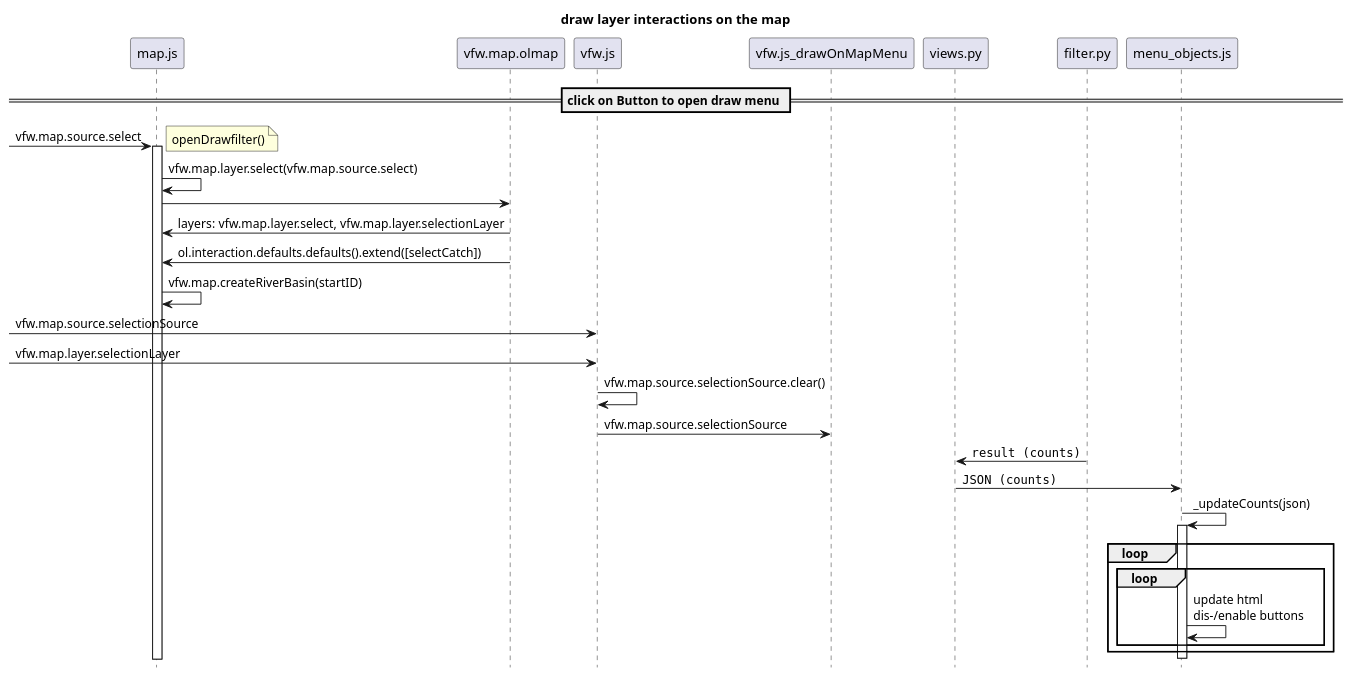
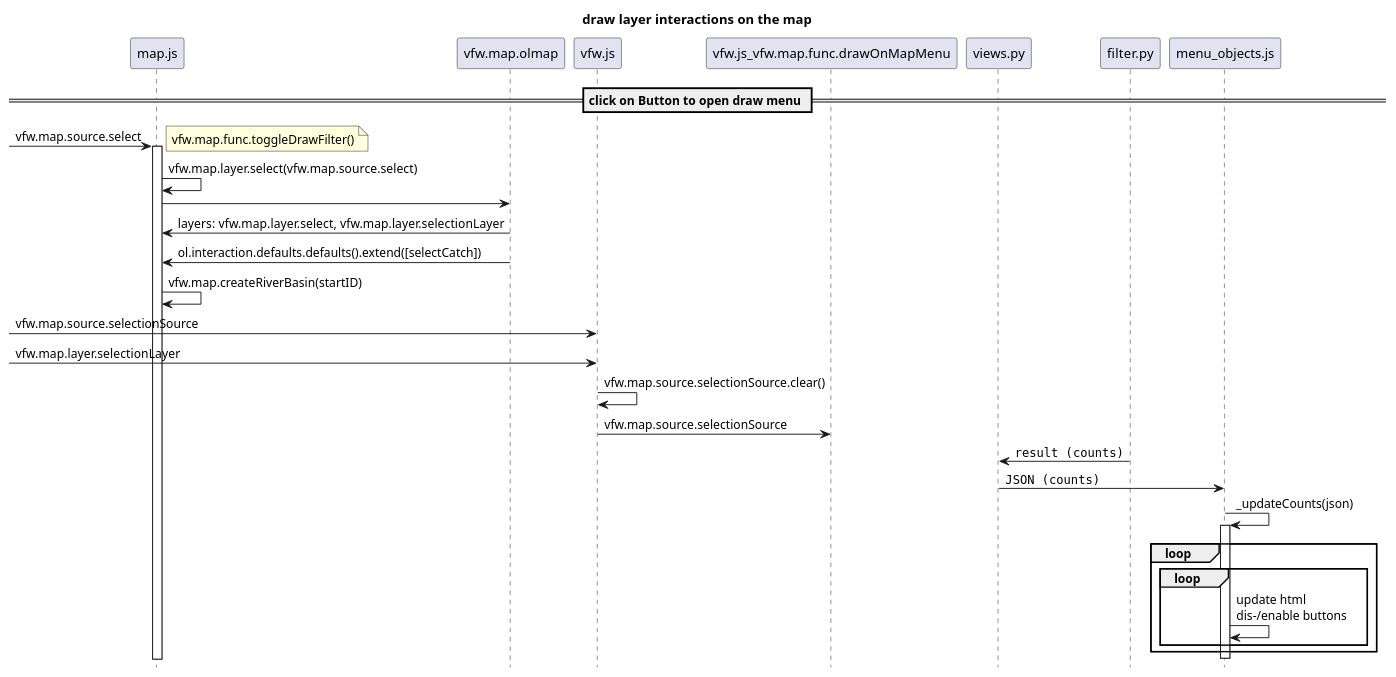
Before and after one commit to VForWaTer/vforwater-portal: the diagram in diagrams/selectOnMapMenu.puml, drawn with PlantUML. The commit also changed 10 other files, not shown here.

```diff
--- a/diagrams/selectOnMapMenu.puml
+++ b/diagrams/selectOnMapMenu.puml
@@ -1,41 +1,41 @@
 @startuml
 title draw layer interactions on the map
 
 hide footbox
 
 
 == click on Button to open draw menu ==
 [-> map.js ++: vfw.map.source.select
-note left: openDrawfilter()
+note left: vfw.map.func.toggleDrawFilter()
 map.js -> map.js: vfw.map.layer.select(vfw.map.source.select)
 
 map.js -> vfw.map.olmap:
 map.js <- vfw.map.olmap: layers: vfw.map.layer.select, vfw.map.layer.selectionLayer
 map.js <- vfw.map.olmap: ol.interaction.defaults.defaults().extend([selectCatch])
 
 map.js -> map.js: vfw.map.createRiverBasin(startID)
 
 
 [-> vfw.js: vfw.map.source.selectionSource
 [-> vfw.js: vfw.map.layer.selectionLayer
 
 vfw.js -> vfw.js: vfw.map.source.selectionSource.clear()
 
-vfw.js -> vfw.js_drawOnMapMenu: vfw.map.source.selectionSource
+vfw.js -> vfw.js_vfw.map.func.drawOnMapMenu: vfw.map.source.selectionSource
 
 
 
 
 views.py <- filter.py --: ""result (counts)""
 menu_objects.js <- views.py --: ""JSON (counts)""
 menu_objects.js -> menu_objects.js ++: _updateCounts(json)
 loop
     loop
         menu_objects.js -> menu_objects.js: update html \ndis-/enable buttons
     end
 end
 deactivate menu_objects.js
 
 
 
 @enduml
```
